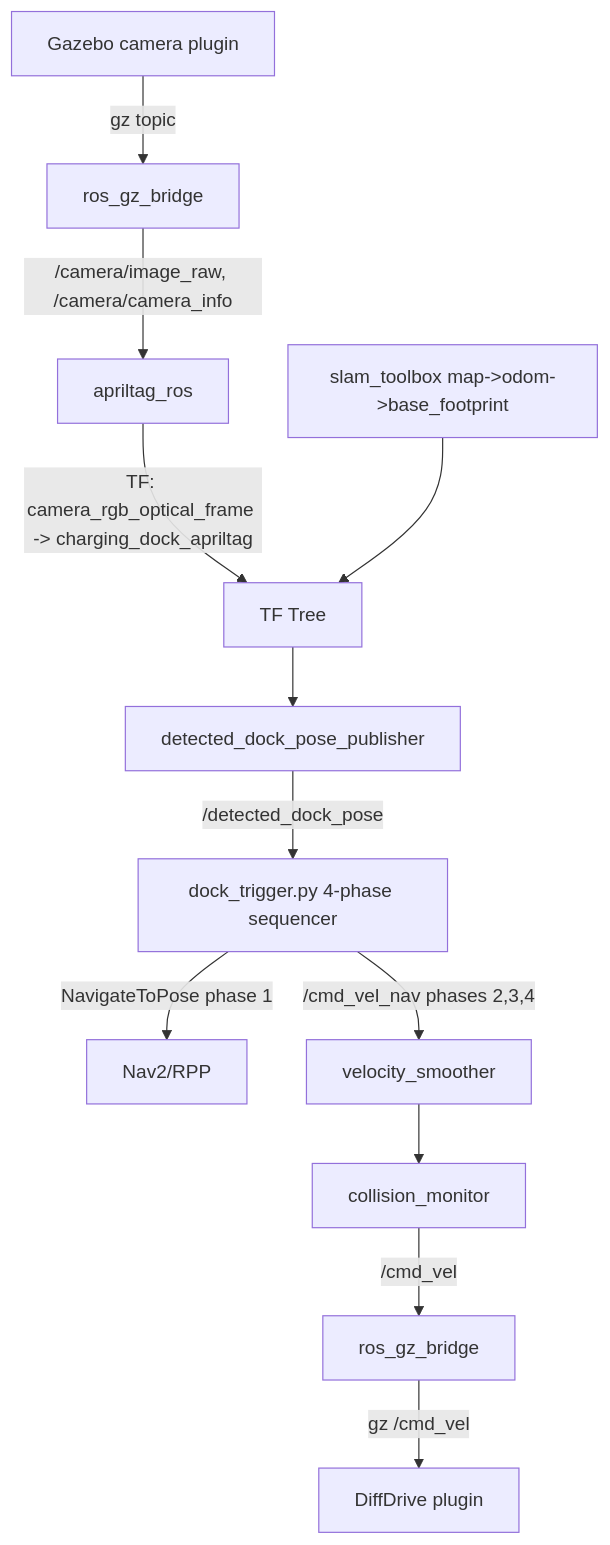
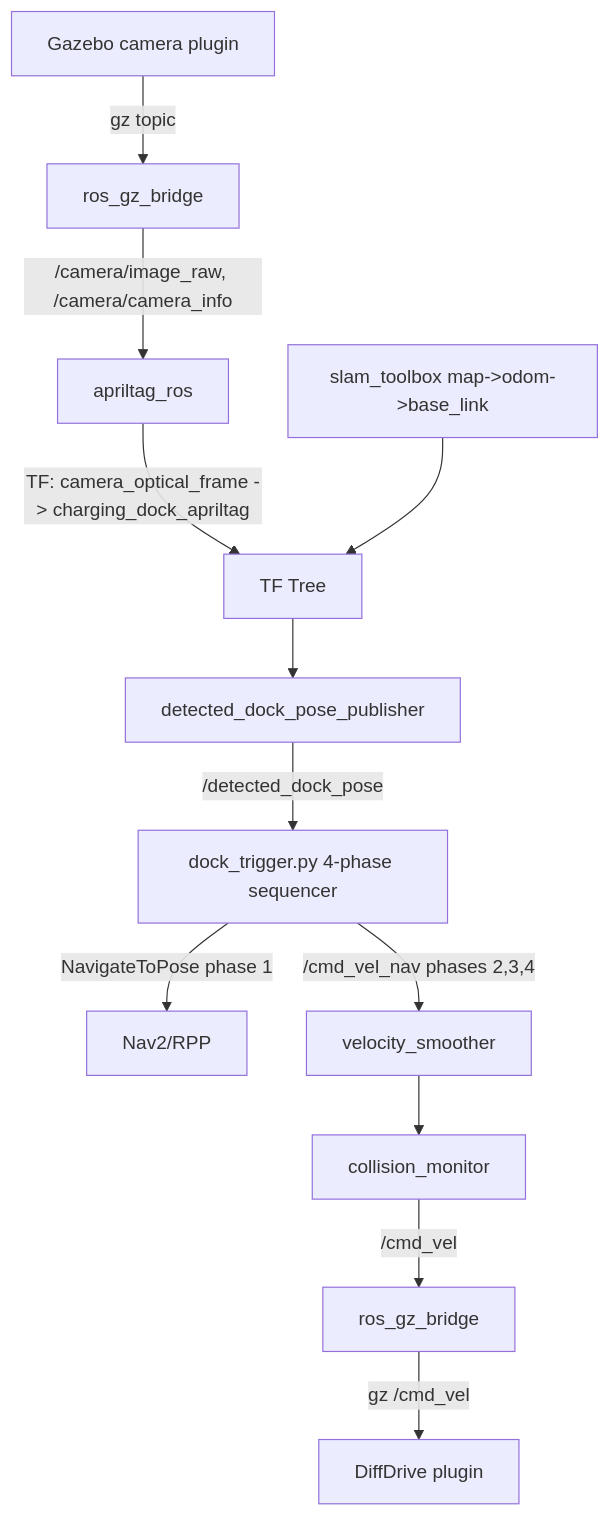
One commit to rajindulkar22/openamr-platform-sw changed the second of 2 diagrams in ros2/src/openamrobot_docking/docs/02_architecture.md. Above: the diagram before and after it, drawn with Mermaid. The commit also changed other lines of this file and 22 other files, not shown here.

````diff
--- a/ros2/src/openamrobot_docking/docs/02_architecture.md
+++ b/ros2/src/openamrobot_docking/docs/02_architecture.md
@@ -179,14 +179,14 @@
 ```mermaid
 graph TD
   GZ[Gazebo camera plugin] -->|gz topic| BR[ros_gz_bridge]
   BR -->|/camera/image_raw, /camera/camera_info| TAG[apriltag_ros]
-  TAG -->|TF: camera_rgb_optical_frame -> charging_dock_apriltag| TF2[TF Tree]
-  SLAM[slam_toolbox map->odom->base_footprint] --> TF2
+  TAG -->|TF: camera_optical_frame -> charging_dock_apriltag| TF2[TF Tree]
+  SLAM[slam_toolbox map->odom->base_link] --> TF2
   TF2 --> DET[detected_dock_pose_publisher]
   DET -->|/detected_dock_pose| TRIG[dock_trigger.py 4-phase sequencer]
   TRIG -->|NavigateToPose phase 1| NAV[Nav2/RPP]
   TRIG -->|/cmd_vel_nav phases 2,3,4| SMO[velocity_smoother]
   SMO --> CM[collision_monitor]
   CM -->|/cmd_vel| BR2[ros_gz_bridge]
   BR2 -->|gz /cmd_vel| DD[DiffDrive plugin]
 ```
````
